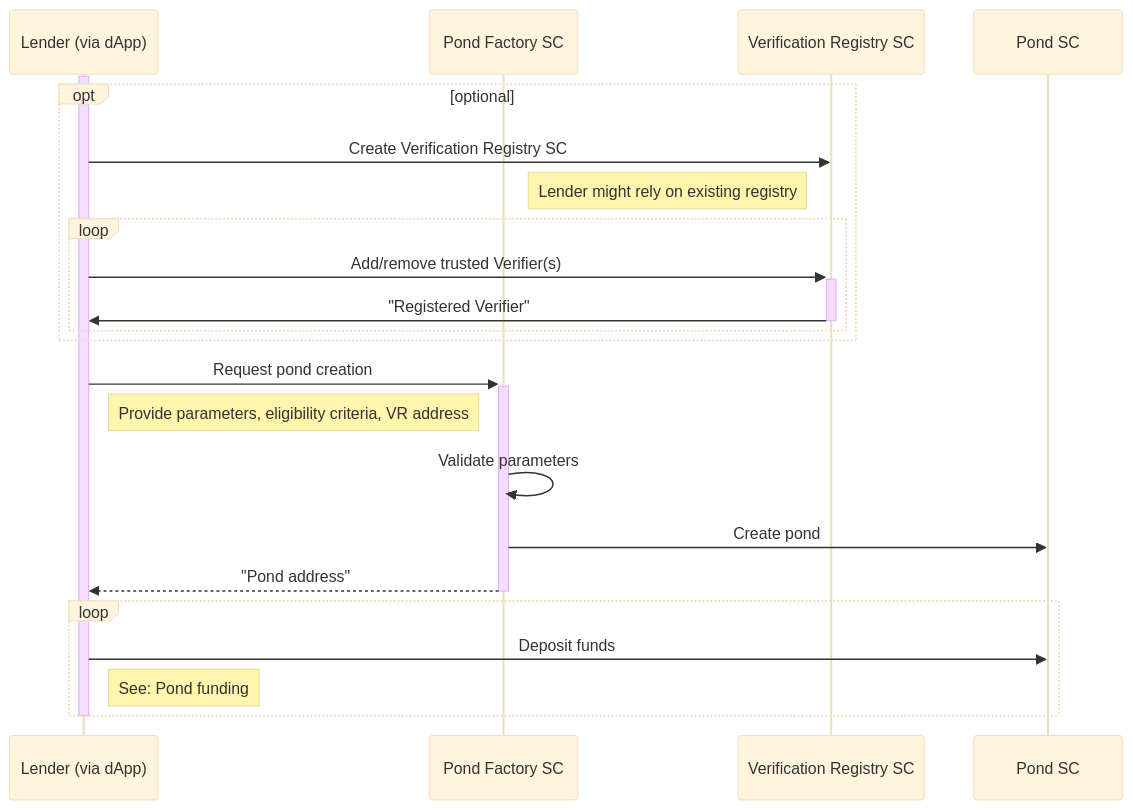
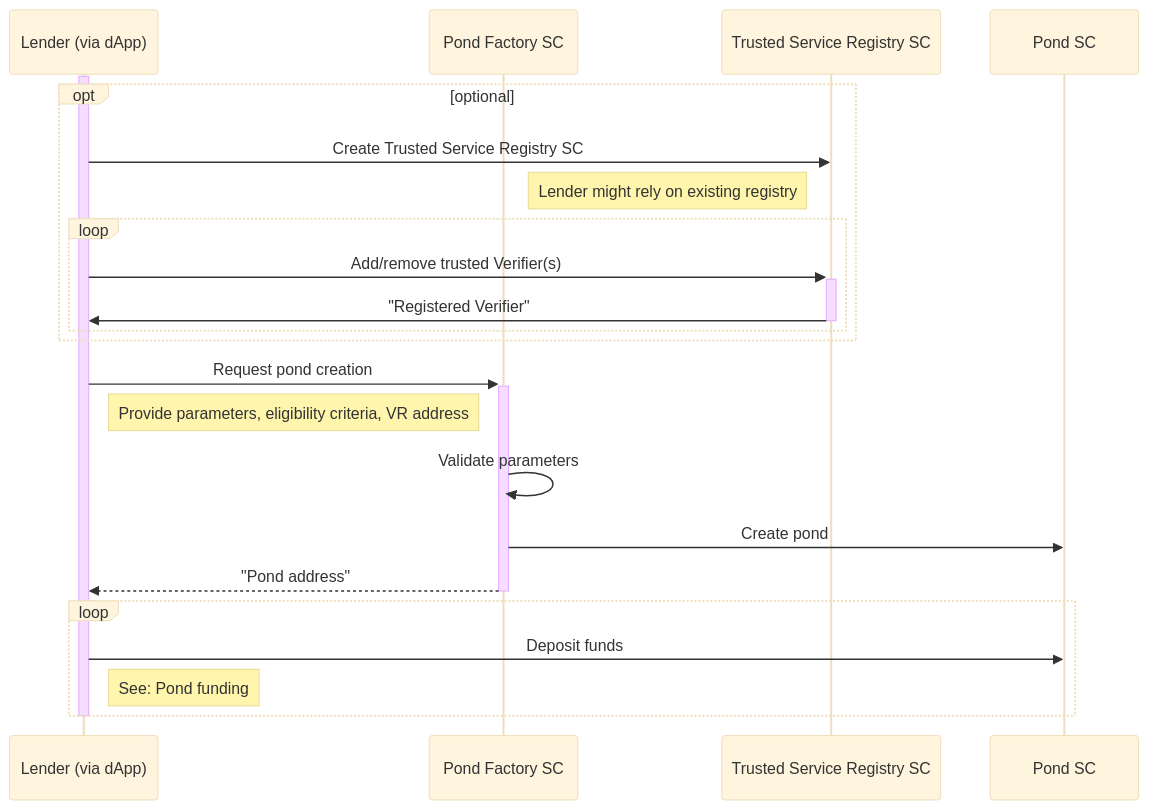
The diagram in flows/D-Liquidity-1-Pond-Creation.md (growr-xyz/growr-documentation), drawn with Mermaid (base theme) before and after one commit. The commit also changed other lines of this file and 23 other files, not shown here.

````diff
--- a/flows/D-Liquidity-1-Pond-Creation.md
+++ b/flows/D-Liquidity-1-Pond-Creation.md
@@ -4,24 +4,25 @@
 ```mermaid
 sequenceDiagram
     participant Lender (via dApp)
     participant Pond Factory SC
+    participant Trusted Service Registry SC
     activate Lender (via dApp)
     opt optional
-        Lender (via dApp)->>Verification Registry SC: Create Verification Registry SC
-        Note left of Verification Registry SC: Lender might rely on existing registry
+        Lender (via dApp)->>Trusted Service Registry SC: Create Trusted Service Registry SC
+        Note left of Trusted Service Registry SC: Lender might rely on existing registry
         loop
-            Lender (via dApp)->>+Verification Registry SC: Add/remove trusted Verifier(s)
-            Verification Registry SC->>-Lender (via dApp): "Registered Verifier"
+            Lender (via dApp)->>+Trusted Service Registry SC: Add/remove trusted Verifier(s)
+            Trusted Service Registry SC->>-Lender (via dApp): "Registered Verifier"
         end
     end
     Lender (via dApp)->>+Pond Factory SC: Request pond creation
     Note right of Lender (via dApp): Provide parameters, eligibility criteria, VR address
     Pond Factory SC->>Pond Factory SC: Validate parameters
     Pond Factory SC->>Pond SC: Create pond
     Pond Factory SC-->>-Lender (via dApp): "Pond address"
     loop
         Lender (via dApp)->>Pond SC: Deposit funds
         Note right of Lender (via dApp): See: Pond funding
     end
     deactivate Lender (via dApp)
 ```
````
